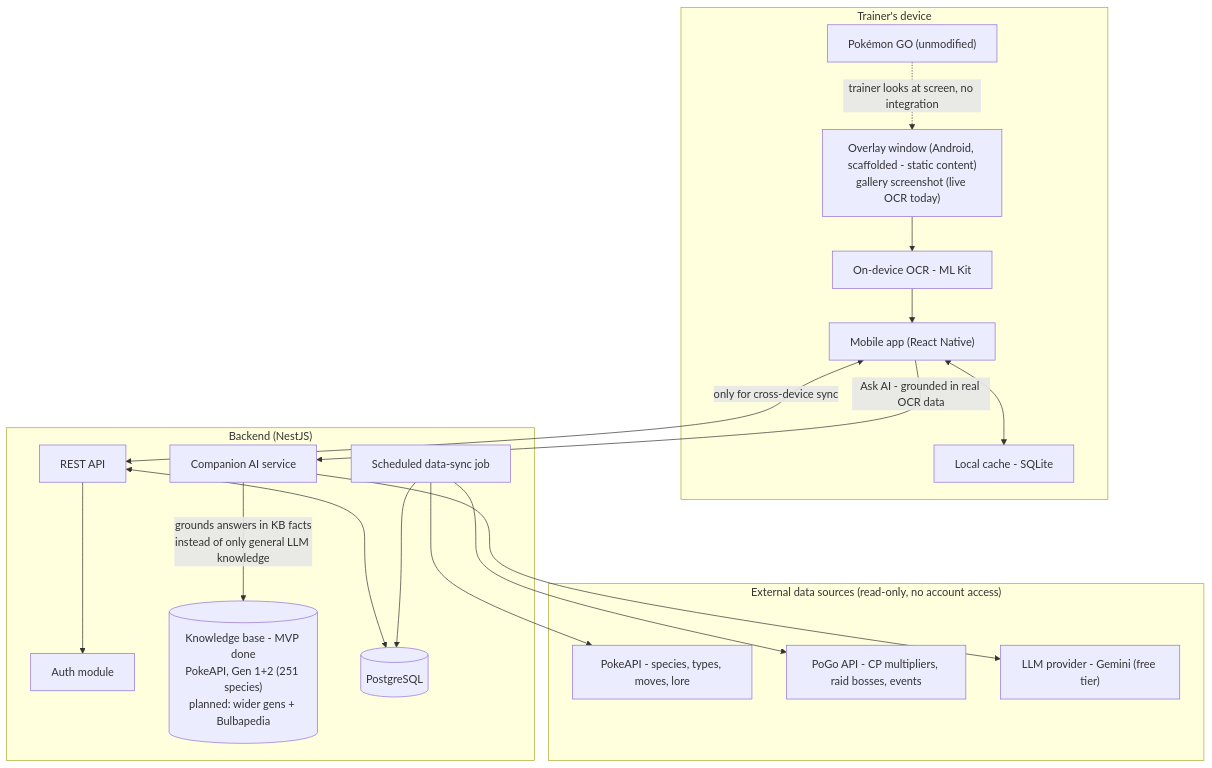
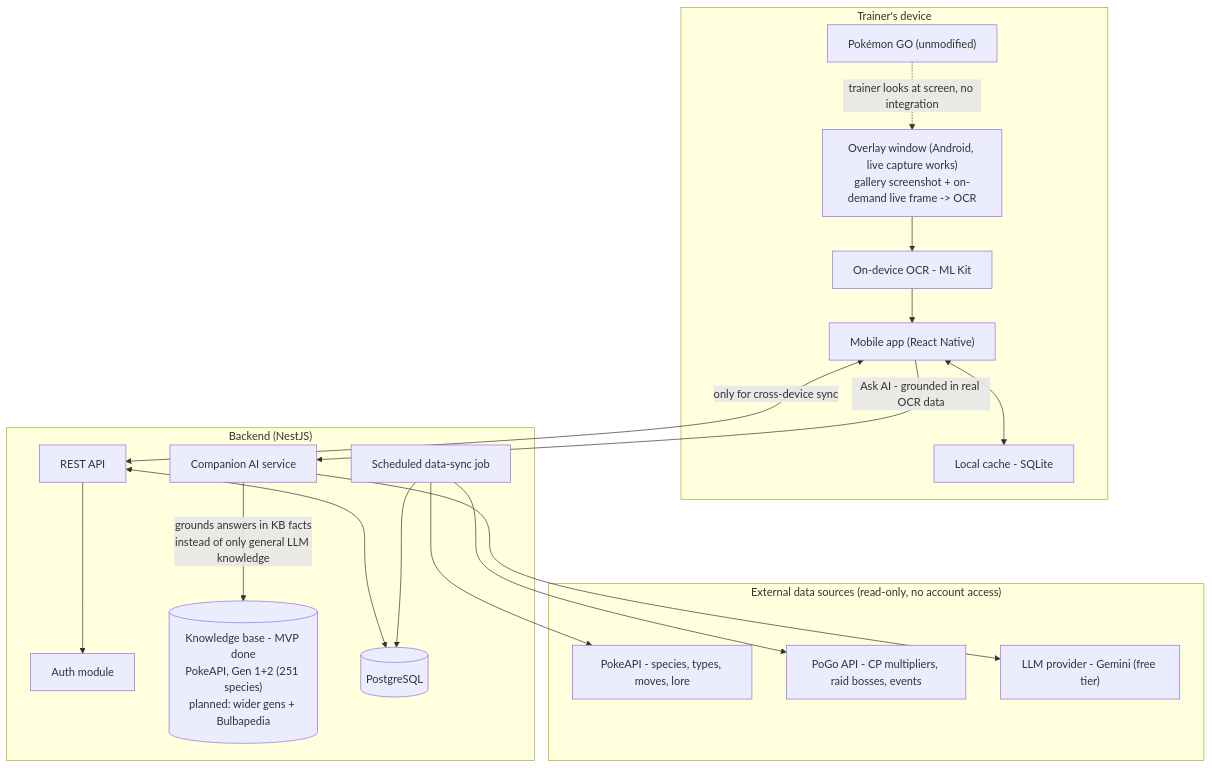
The diagram in docs/architecture.md (leodah20/pokemon-trainer-companion), drawn with Mermaid before and after one commit. The commit also changed other lines of this file and 12 other files, not shown here.

First line of the commit message:
feat: implement real live screen capture for the native overlay

````diff
--- a/docs/architecture.md
+++ b/docs/architecture.md
@@ -10,39 +10,39 @@
 ```mermaid
 flowchart TB
     subgraph Device["Trainer's device"]
         PogoApp["Pokémon GO (unmodified)"]
-        Overlay["Overlay window (Android, scaffolded - static content)\ngallery screenshot (live OCR today)"]
+        Overlay["Overlay window (Android, live capture works)\ngallery screenshot + on-demand live frame -> OCR"]
         OCR["On-device OCR - ML Kit"]
         LocalDB["Local cache - SQLite"]
         MobileApp["Mobile app (React Native)"]
     end
 
     subgraph Cloud["Backend (NestJS)"]
         API["REST API"]
         Auth["Auth module"]
         SyncJob["Scheduled data-sync job"]
         Companion["Companion AI service"]
         KB[("Knowledge base - MVP done\nPokeAPI, Gen 1+2 (251 species)\nplanned: wider gens + Bulbapedia")]
         Postgres[("PostgreSQL")]
     end
 
     subgraph External["External data sources (read-only, no account access)"]
         PokeAPI["PokeAPI - species, types, moves, lore"]
         PoGoAPI["PoGo API - CP multipliers, raid bosses, events"]
         LLM["LLM provider - Gemini (free tier)"]
     end
 
     PogoApp -. "trainer looks at screen, no integration" .-> Overlay
     Overlay --> OCR
     OCR --> MobileApp
     MobileApp <--> LocalDB
     MobileApp <-- "only for cross-device sync" --> API
     MobileApp -- "Ask AI - grounded in real OCR data" --> Companion
     Companion --> LLM
     Companion -- "grounds answers in KB facts\ninstead of only general LLM knowledge" --> KB
     API --> Auth
     API <--> Postgres
     SyncJob --> PokeAPI
     SyncJob --> PoGoAPI
     SyncJob --> Postgres
 ```
````
